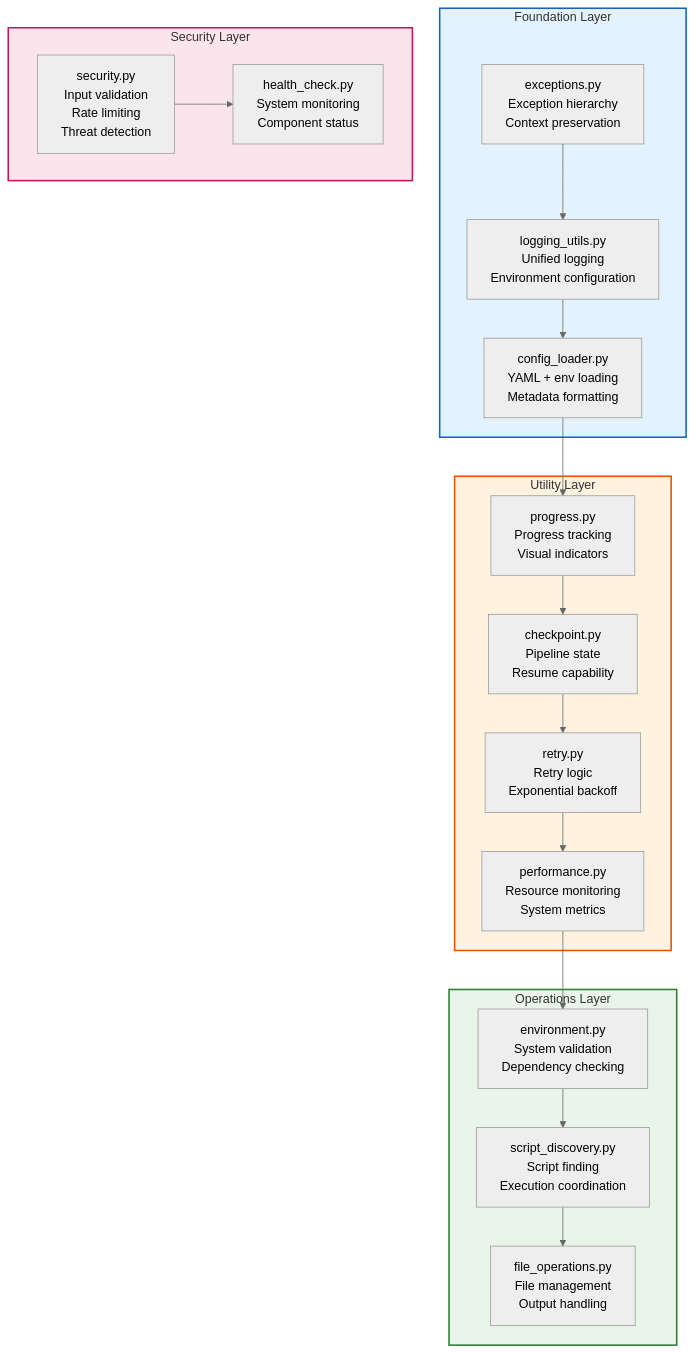
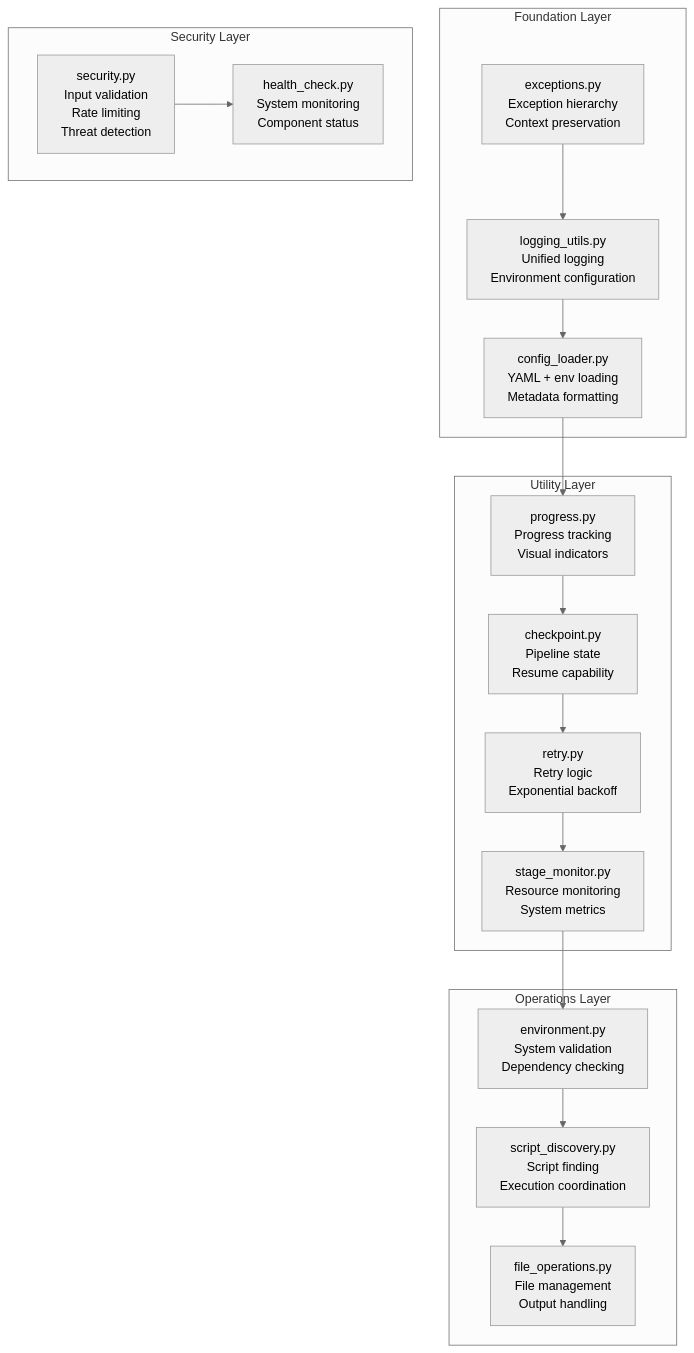
Before and after one commit to docxology/template: the first of 5 diagrams in infrastructure/core/README.md, drawn with Mermaid (neutral theme). The commit also changed other lines of this file and 243 other files, not shown here.

````diff
--- a/infrastructure/core/README.md
+++ b/infrastructure/core/README.md
@@ -36,47 +36,42 @@
 ```mermaid
 graph TD
     subgraph Foundation["Foundation Layer"]
         EXCEPTIONS[exceptions.py<br/>Exception hierarchy<br/>Context preservation]
         LOGGING[logging_utils.py<br/>Unified logging<br/>Environment configuration]
         CONFIG[config_loader.py<br/>YAML + env loading<br/>Metadata formatting]
     end
 
     subgraph Utilities["Utility Layer"]
         PROGRESS[progress.py<br/>Progress tracking<br/>Visual indicators]
         CHECKPOINT[checkpoint.py<br/>Pipeline state<br/>Resume capability]
         RETRY[retry.py<br/>Retry logic<br/>Exponential backoff]
-        PERFORMANCE[performance.py<br/>Resource monitoring<br/>System metrics]
+        PERFORMANCE[stage_monitor.py<br/>Resource monitoring<br/>System metrics]
     end
 
     subgraph Operations["Operations Layer"]
         ENVIRONMENT[environment.py<br/>System validation<br/>Dependency checking]
         SCRIPTS[script_discovery.py<br/>Script finding<br/>Execution coordination]
         FILES[file_operations.py<br/>File management<br/>Output handling]
     end
 
     subgraph Security["Security Layer"]
         SECURITY[security.py<br/>Input validation<br/>Rate limiting<br/>Threat detection]
         HEALTH[health_check.py<br/>System monitoring<br/>Component status]
     end
 
     EXCEPTIONS --> LOGGING
     LOGGING --> CONFIG
     CONFIG --> PROGRESS
     PROGRESS --> CHECKPOINT
     CHECKPOINT --> RETRY
     RETRY --> PERFORMANCE
     PERFORMANCE --> ENVIRONMENT
     ENVIRONMENT --> SCRIPTS
     SCRIPTS --> FILES
     SECURITY --> HEALTH
 
-    classDef foundation fill:#e3f2fd,stroke:#1565c0,stroke-width:2px
-    classDef utilities fill:#fff3e0,stroke:#e65100,stroke-width:2px
-    classDef operations fill:#e8f5e8,stroke:#2e7d32,stroke-width:2px
-    classDef security fill:#fce4ec,stroke:#c2185b,stroke-width:2px
-
     class Foundation foundation
     class Utilities utilities
     class Operations operations
     class Security security
 ```
````
